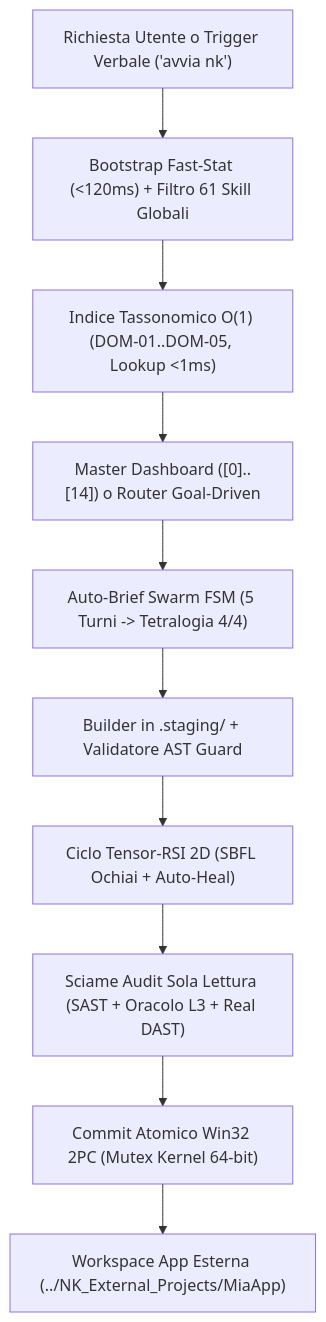
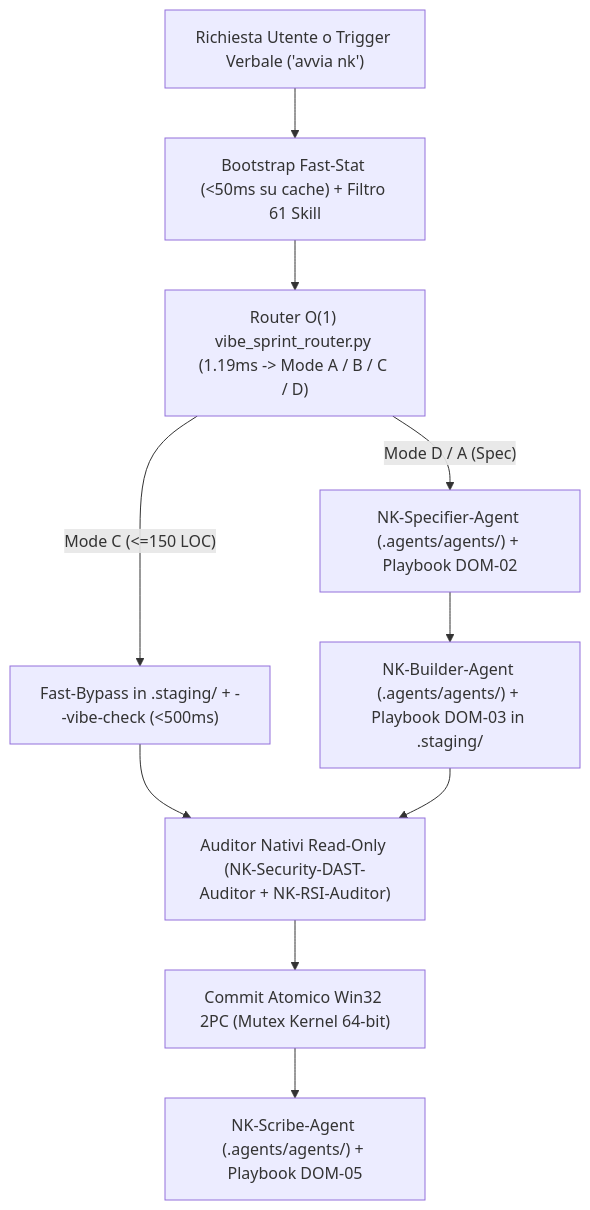
The first of 2 diagrams in README.it.md (erbaldo86/NK-Hub), drawn with Mermaid before and after one commit. The commit also changed other lines of this file and 47 other files, not shown here.

Commit message:
Release v4.0.0-Native-Swarm-Playbooks: Router O(1), 5 Sub-Agenti Nativi e 16 Playbook Procedurali

````diff
--- a/README.it.md
+++ b/README.it.md
@@ -74,12 +80,12 @@
 ```mermaid
 flowchart TD
-    U["Richiesta Utente o Trigger Verbale ('avvia nk')"] --> B["Bootstrap Fast-Stat (<120ms) + Filtro 61 Skill Globali"]
-    B --> I["Indice Tassonomico O(1) (DOM-01..DOM-05, Lookup <1ms)"]
-    I --> M["Master Dashboard ([0]..[14]) o Router Goal-Driven"]
-    M --> P["Auto-Brief Swarm FSM (5 Turni -> Tetralogia 4/4)"]
-    P --> S["Builder in .staging/ + Validatore AST Guard"]
-    S --> R["Ciclo Tensor-RSI 2D (SBFL Ochiai + Auto-Heal)"]
-    R --> A["Sciame Audit Sola Lettura (SAST + Oracolo L3 + Real DAST)"]
-    A --> C["Commit Atomico Win32 2PC (Mutex Kernel 64-bit)"]
-    C --> E["Workspace App Esterna (../NK_External_Projects/MiaApp)"]
+    U["Richiesta Utente o Trigger Verbale ('avvia nk')"] --> B["Bootstrap Fast-Stat (<50ms su cache) + Filtro 61 Skill"]
+    B --> R["Router O(1) vibe_sprint_router.py (1.19ms -> Mode A / B / C / D)"]
+    R -->|"Mode C (<=150 LOC)"| FB["Fast-Bypass in .staging/ + --vibe-check (<500ms)"]
+    R -->|"Mode D / A (Spec)"| A1["NK-Specifier-Agent (.agents/agents/) + Playbook DOM-02"]
+    A1 --> A2["NK-Builder-Agent (.agents/agents/) + Playbook DOM-03 in .staging/"]
+    FB --> A3["Auditor Nativi Read-Only (NK-Security-DAST-Auditor + NK-RSI-Auditor)"]
+    A2 --> A3
+    A3 --> C["Commit Atomico Win32 2PC (Mutex Kernel 64-bit)"]
+    C --> A4["NK-Scribe-Agent (.agents/agents/) + Playbook DOM-05"]
 ```
````
